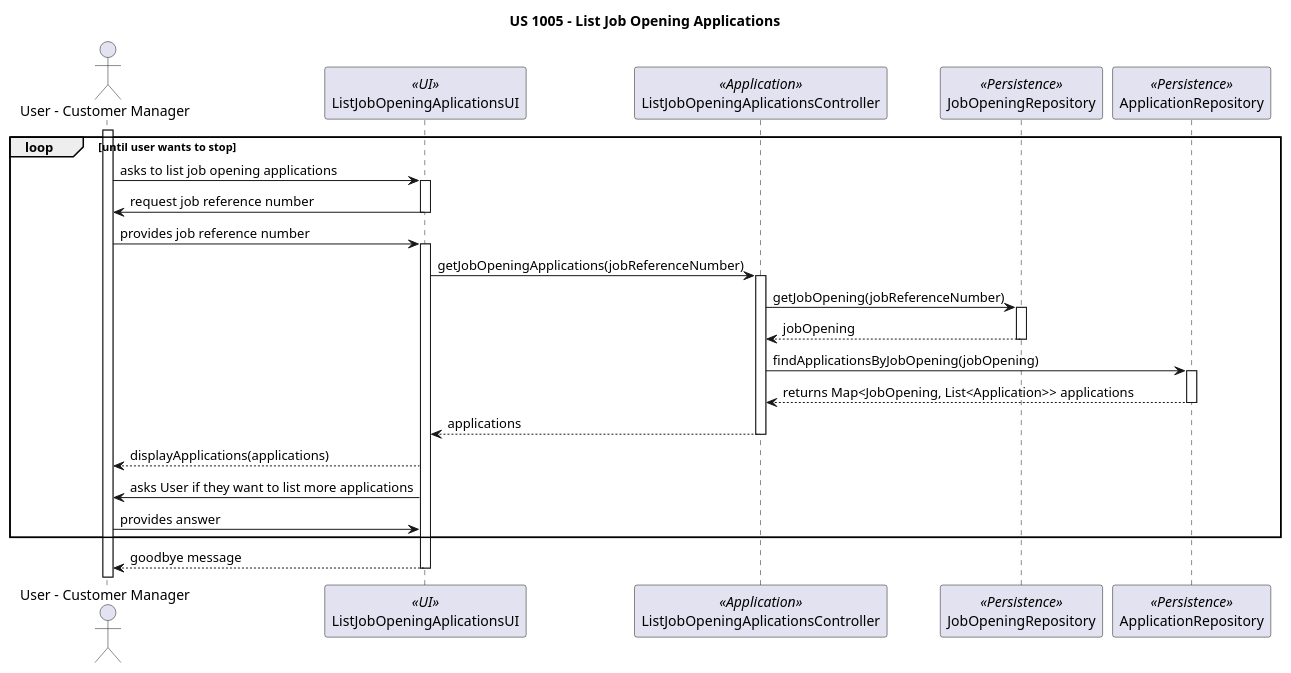
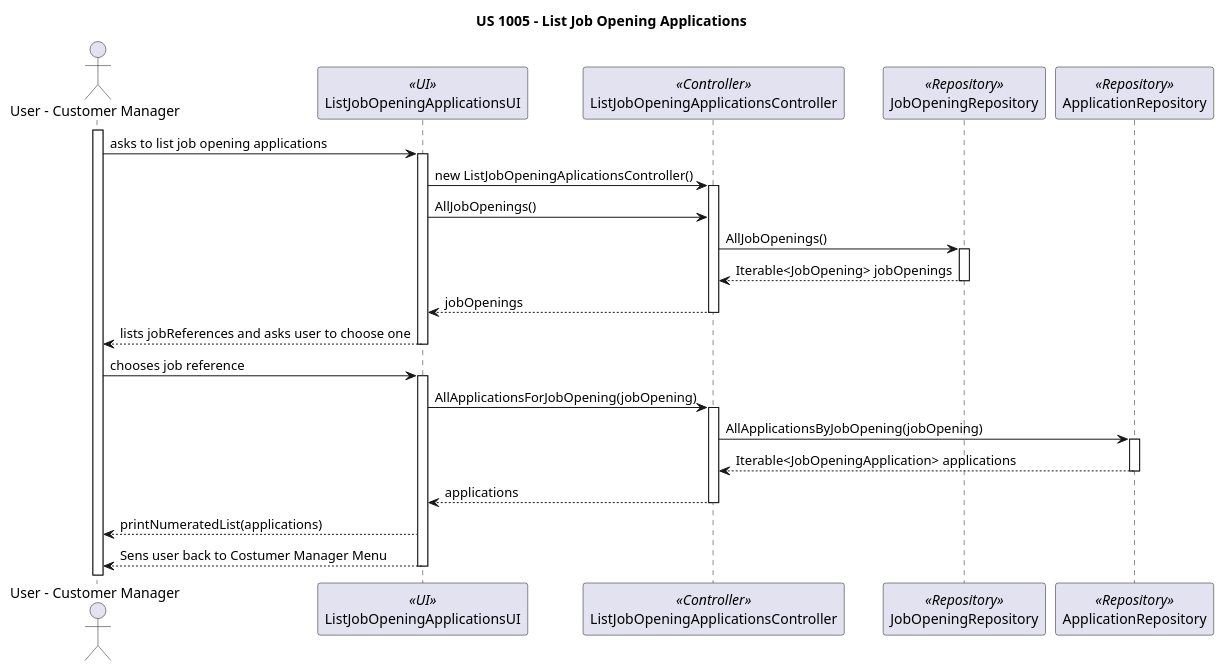
The diagram in docs/sprintB/1005/puml/1005-sequence-diagram.puml (marcoferreira37/Lapr4), drawn with PlantUML before and after one commit. The commit also changed 16 other files, not shown here.

Commit message:
#23 - US 1006b implemented functionality to list candidate applications

```diff
--- a/docs/sprintB/1005/puml/1005-sequence-diagram.puml
+++ b/docs/sprintB/1005/puml/1005-sequence-diagram.puml
@@ -2,61 +2,61 @@
 @startuml
 
 title US 1005 - List Job Opening Applications
 
 actor "User - Customer Manager" as User
 
-participant "ListJobOpeningAplicationsUI" as UI <<UI>>
-participant "ListJobOpeningAplicationsController" as Controller <<Application>>
-participant "JobOpeningRepository" as Repository <<Persistence>>
-participant "ApplicationRepository" as ApplicationRepository <<Persistence>>
+participant "ListJobOpeningApplicationsUI" as UI <<UI>>
+participant "ListJobOpeningApplicationsController" as Controller <<Controller>>
+participant "JobOpeningRepository" as Repository <<Repository>>
+participant "ApplicationRepository" as ApplicationRepository <<Repository>>
 
 
 
-loop until user wants to stop
 activate User
 
 User -> UI: asks to list job opening applications
 
 activate UI
 
-UI -> User: request job reference number
+UI -> Controller: new ListJobOpeningAplicationsController()
+    activate Controller
+UI -> Controller:AllJobOpenings()
+Controller -> Repository: AllJobOpenings()
 
+    activate Repository
+
+    Repository --> Controller: Iterable<JobOpening> jobOpenings
+
+    deactivate Repository
+
+    Controller --> UI: jobOpenings
+
+    deactivate Controller
+    UI --> User: lists jobReferences and asks user to choose one
 deactivate UI
 
-User -> UI: provides job reference number
+User -> UI: chooses job reference
 
 activate UI
 
-UI -> Controller: getJobOpeningApplications(jobReferenceNumber)
+    UI -> Controller: AllApplicationsForJobOpening(jobOpening)
 
-activate Controller
+    activate Controller
 
-Controller -> Repository: getJobOpening(jobReferenceNumber)
-activate Repository
 
-Repository --> Controller: jobOpening
-deactivate Repository
-
-Controller -> ApplicationRepository: findApplicationsByJobOpening(jobOpening)
+Controller -> ApplicationRepository: AllApplicationsByJobOpening(jobOpening)
 activate ApplicationRepository
 
-ApplicationRepository --> Controller:  returns Map<JobOpening, List<Application>> applications
+ApplicationRepository --> Controller:   Iterable<JobOpeningApplication> applications
 
 deactivate ApplicationRepository
 Controller --> UI: applications
 deactivate Controller
 
-UI --> User: displayApplications(applications)
+UI --> User: printNumeratedList(applications)
 
-
-UI -> User : asks User if they want to list more applications
-
-User -> UI: provides answer
-
-end loop
-
-UI --> User: goodbye message
+UI --> User : Sens user back to Costumer Manager Menu
 
 deactivate UI
 
 @enduml
```
